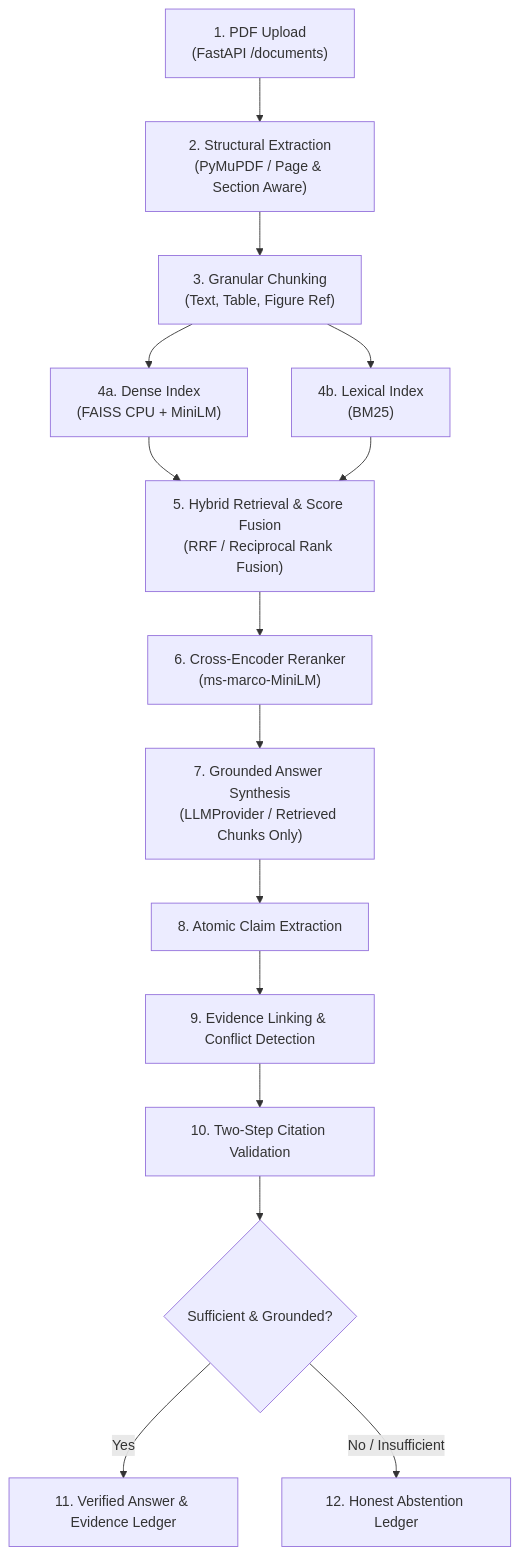
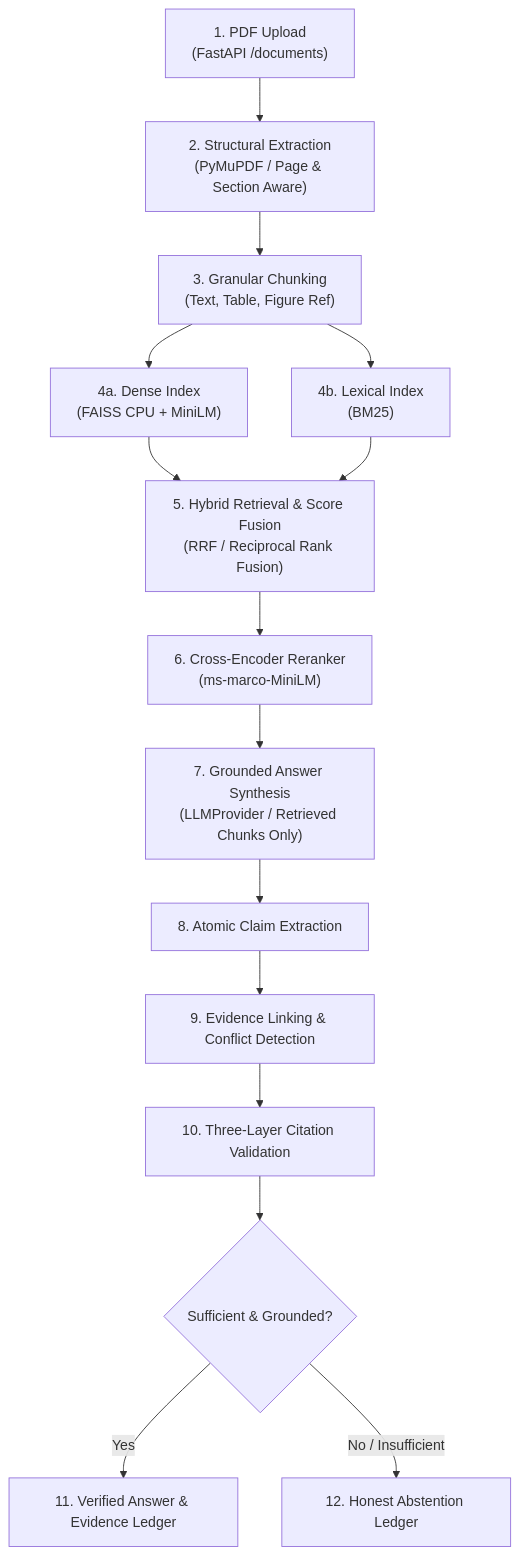
Before and after one commit to snehala24/PaperTrail-AI: the first of 3 diagrams in docs/architecture.md, drawn with Mermaid. The commit also changed other lines of this file and 2 other files, not shown here.

First line of the commit message:
docs: reconcile the architecture doc and ADRs with what the code actually does

````diff
--- a/docs/architecture.md
+++ b/docs/architecture.md
@@ -15,17 +15,17 @@
 ```mermaid
 flowchart TD
     A["1. PDF Upload\n(FastAPI /documents)"] --> B["2. Structural Extraction\n(PyMuPDF / Page & Section Aware)"]
     B --> C["3. Granular Chunking\n(Text, Table, Figure Ref)"]
     C --> D1["4a. Dense Index\n(FAISS CPU + MiniLM)"]
     C --> D2["4b. Lexical Index\n(BM25)"]
     D1 --> E["5. Hybrid Retrieval & Score Fusion\n(RRF / Reciprocal Rank Fusion)"]
     D2 --> E
     E --> F["6. Cross-Encoder Reranker\n(ms-marco-MiniLM)"]
     F --> G["7. Grounded Answer Synthesis\n(LLMProvider / Retrieved Chunks Only)"]
     G --> H["8. Atomic Claim Extraction"]
     H --> I["9. Evidence Linking & Conflict Detection"]
-    I --> J["10. Two-Step Citation Validation"]
+    I --> J["10. Three-Layer Citation Validation"]
     J --> K{"Sufficient & Grounded?"}
     K -- "Yes" --> L["11. Verified Answer & Evidence Ledger"]
     K -- "No / Insufficient" --> M["12. Honest Abstention Ledger"]
 ```
````
